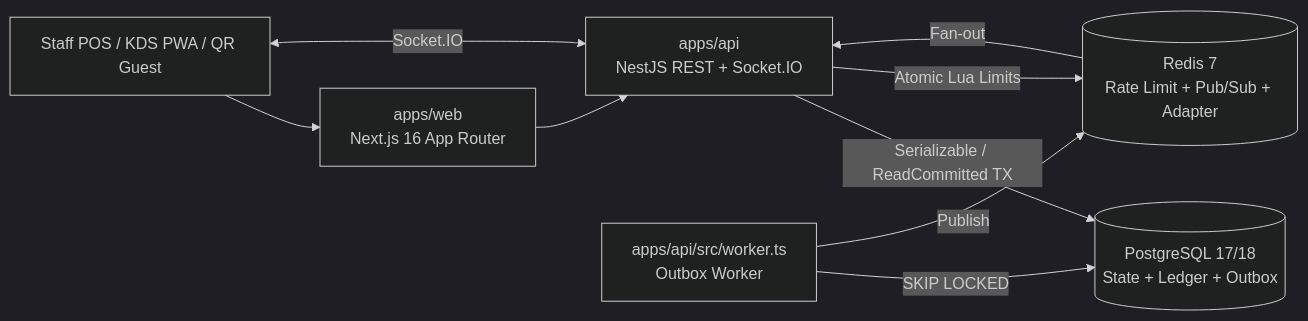
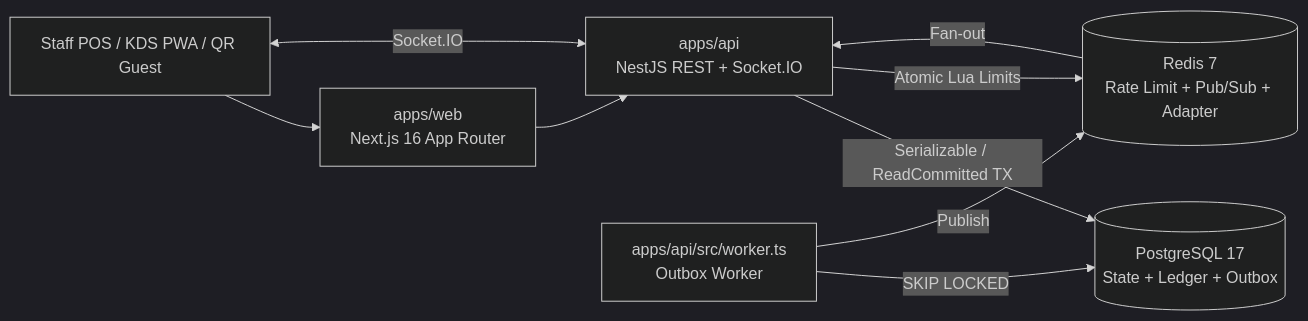
One commit to ngophong123/OMNIHUB changed the diagram in README.md. Above: the diagram before and after it, drawn with Mermaid (dark theme). The commit also changed other lines of this file, not shown here.

Commit message:
docs(readme): refine portfolio overview, validation, roadmap, and owner prompts

````diff
--- a/README.md
+++ b/README.md
@@ -32,11 +36,11 @@
 ```mermaid
 flowchart LR
   Clients["Staff POS / KDS PWA / QR Guest"] --> Web["apps/web\nNext.js 16 App Router"]
   Web --> API["apps/api\nNestJS REST + Socket.IO"]
   Clients <-->|Socket.IO| API
-  API -->|Serializable / ReadCommitted TX| PG[("PostgreSQL 17/18\nState + Ledger + Outbox")]
+  API -->|Serializable / ReadCommitted TX| PG[("PostgreSQL 17\nState + Ledger + Outbox")]
   API -->|Atomic Lua Limits| Redis[("Redis 7\nRate Limit + Pub/Sub + Adapter")]
   Worker["apps/api/src/worker.ts\nOutbox Worker"] -->|SKIP LOCKED| PG
   Worker -->|Publish| Redis
   Redis -->|Fan-out| API
 ```
````
